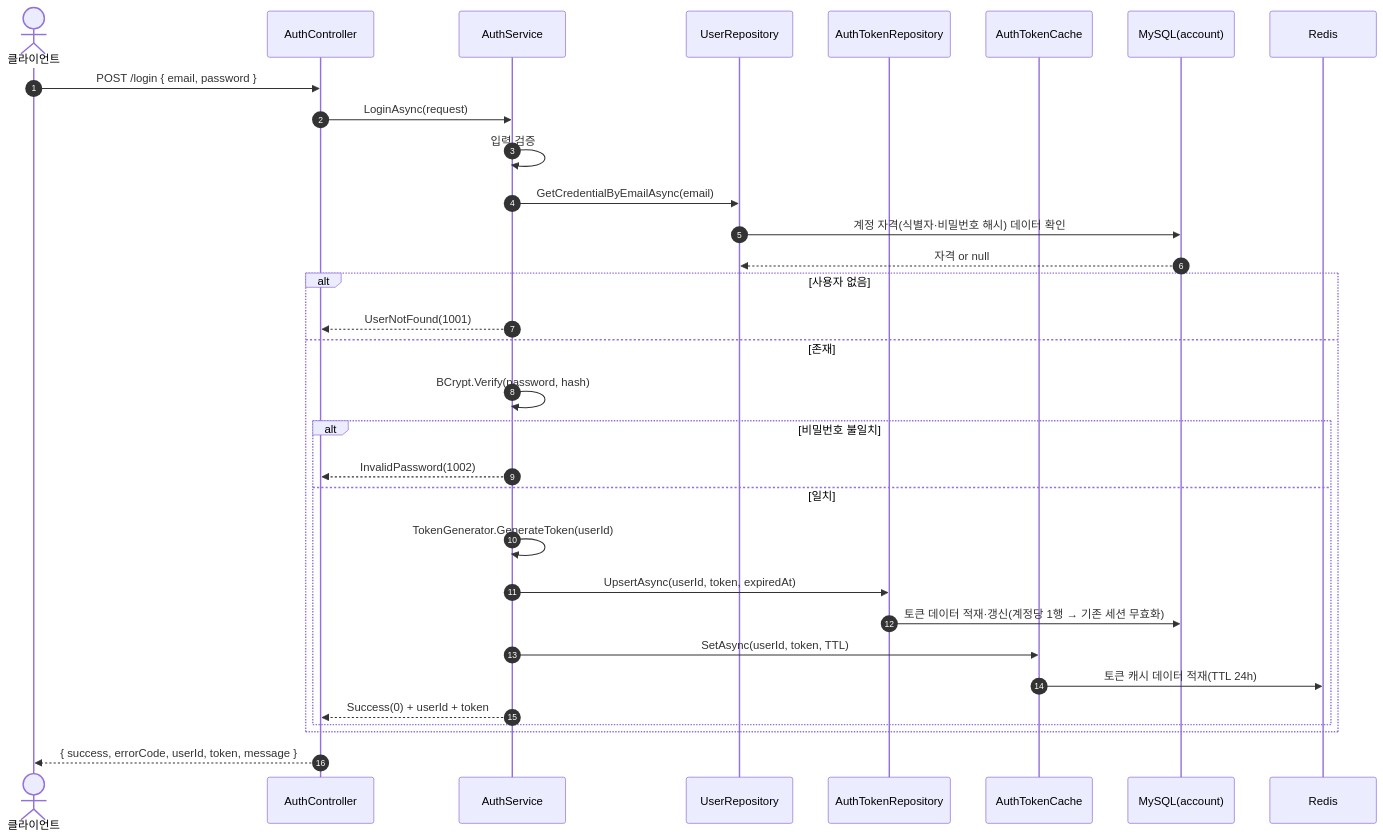
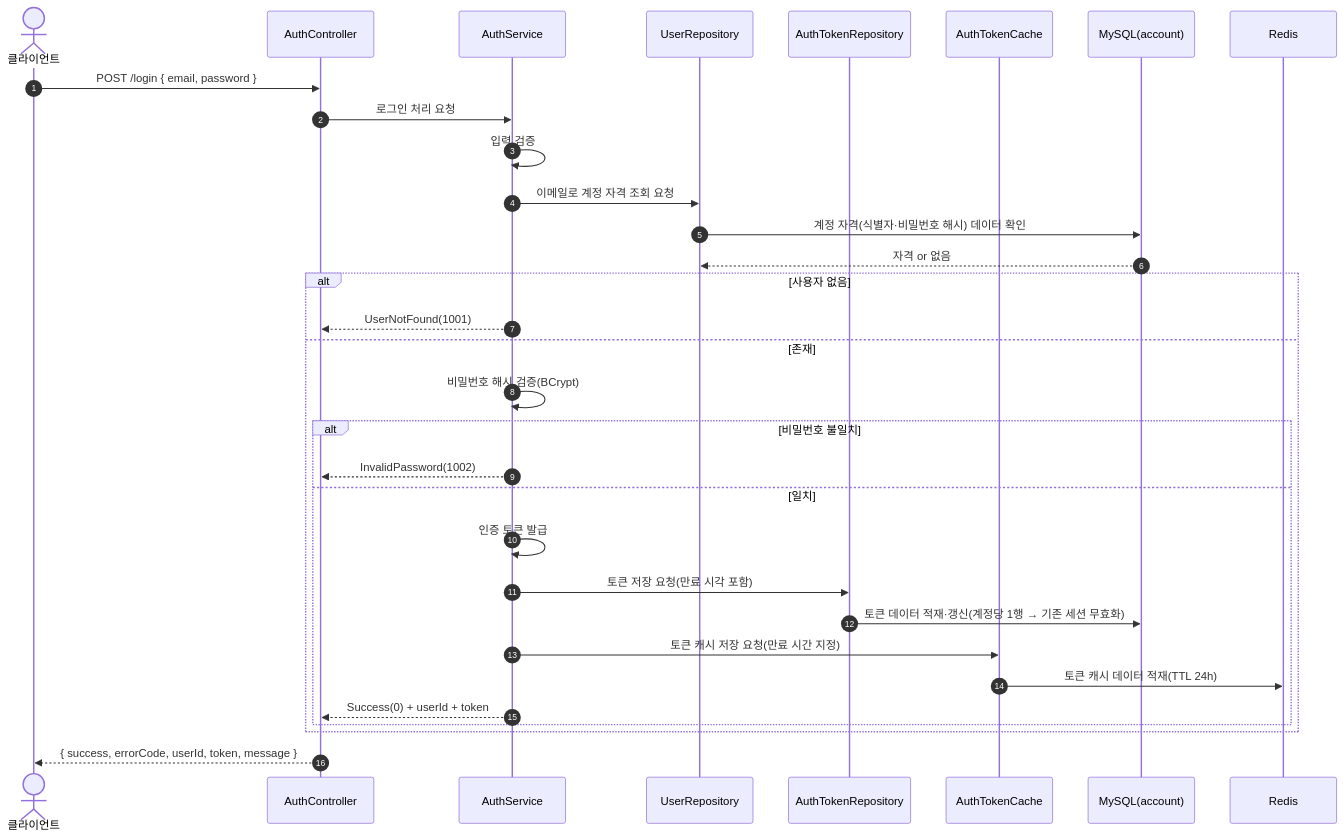
One commit to ks-wook/com2us-taskbar-hero changed the second of 3 diagrams in SequenceDiagram/AuthController.md. Above: the diagram before and after it, drawn with Mermaid. The commit also changed other lines of this file and 7 other files, not shown here.

Commit message:
시퀀스 다이어그램 수정

````diff
--- a/SequenceDiagram/AuthController.md
+++ b/SequenceDiagram/AuthController.md
@@ -45,35 +45,35 @@
 ```mermaid
 sequenceDiagram
     autonumber
     actor C as 클라이언트
     participant Ctrl as AuthController
     participant Svc as AuthService
     participant URepo as UserRepository
     participant TRepo as AuthTokenRepository
     participant Cache as AuthTokenCache
     participant DB as MySQL(account)
     participant Redis as Redis
 
     C->>Ctrl: POST /login { email, password }
-    Ctrl->>Svc: LoginAsync(request)
+    Ctrl->>Svc: 로그인 처리 요청
     Svc->>Svc: 입력 검증
-    Svc->>URepo: GetCredentialByEmailAsync(email)
+    Svc->>URepo: 이메일로 계정 자격 조회 요청
     URepo->>DB: 계정 자격(식별자·비밀번호 해시) 데이터 확인
-    DB-->>URepo: 자격 or null
+    DB-->>URepo: 자격 or 없음
     alt 사용자 없음
         Svc-->>Ctrl: UserNotFound(1001)
     else 존재
-        Svc->>Svc: BCrypt.Verify(password, hash)
+        Svc->>Svc: 비밀번호 해시 검증(BCrypt)
         alt 비밀번호 불일치
             Svc-->>Ctrl: InvalidPassword(1002)
         else 일치
-            Svc->>Svc: TokenGenerator.GenerateToken(userId)
-            Svc->>TRepo: UpsertAsync(userId, token, expiredAt)
+            Svc->>Svc: 인증 토큰 발급
+            Svc->>TRepo: 토큰 저장 요청(만료 시각 포함)
             TRepo->>DB: 토큰 데이터 적재·갱신(계정당 1행 → 기존 세션 무효화)
-            Svc->>Cache: SetAsync(userId, token, TTL)
+            Svc->>Cache: 토큰 캐시 저장 요청(만료 시간 지정)
             Cache->>Redis: 토큰 캐시 데이터 적재(TTL 24h)
             Svc-->>Ctrl: Success(0) + userId + token
         end
     end
     Ctrl-->>C: { success, errorCode, userId, token, message }
 ```
````
